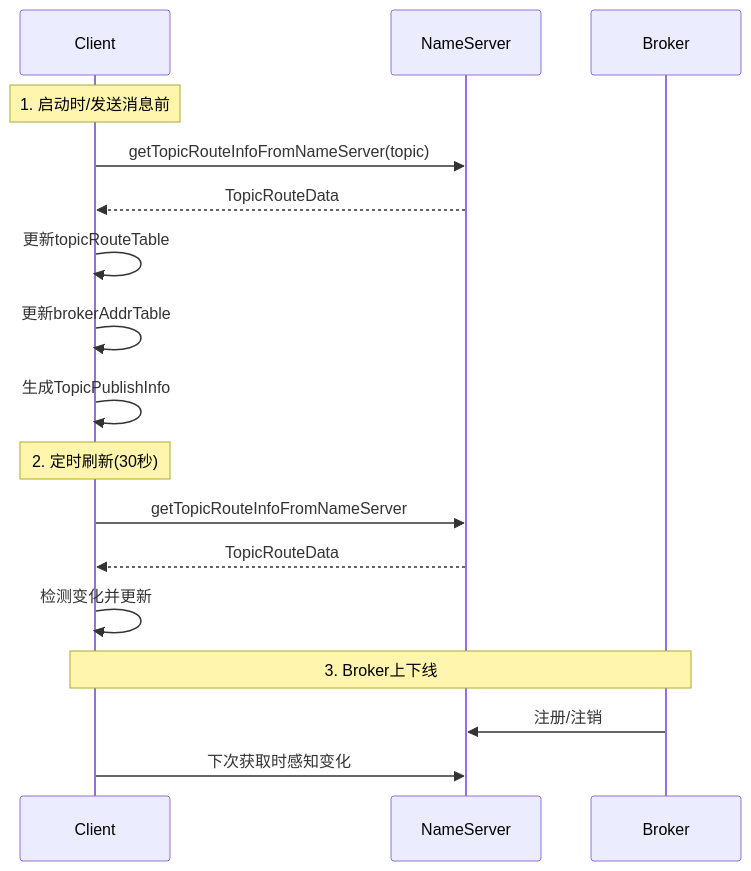
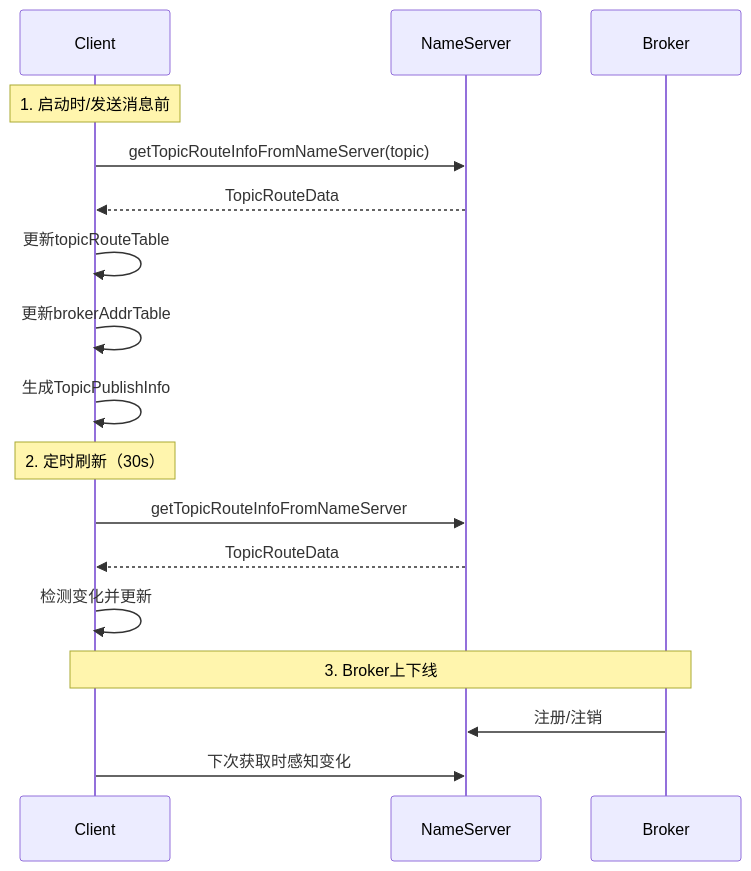
Before and after one commit to wilimm/rocketmq: the tenth of 10 diagrams in docs/RocketMQ技术架构/03-消息发送篇.md, drawn with Mermaid. The commit also changed other lines of this file and 12 other files, not shown here.

````diff
--- a/docs/RocketMQ技术架构/03-消息发送篇.md
+++ b/docs/RocketMQ技术架构/03-消息发送篇.md
@@ -1325,22 +1421,22 @@
 ```mermaid
 sequenceDiagram
     participant C as Client
     participant NS as NameServer
     participant B as Broker
 
     Note over C: 1. 启动时/发送消息前
     C->>NS: getTopicRouteInfoFromNameServer(topic)
     NS-->>C: TopicRouteData
     C->>C: 更新topicRouteTable
     C->>C: 更新brokerAddrTable
     C->>C: 生成TopicPublishInfo
 
-    Note over C: 2. 定时刷新(30秒)
+    Note over C: 2. 定时刷新（30s）
     C->>NS: getTopicRouteInfoFromNameServer
     NS-->>C: TopicRouteData
     C->>C: 检测变化并更新
 
     Note over C,B: 3. Broker上下线
     B->>NS: 注册/注销
     C->>NS: 下次获取时感知变化
 ```
````
